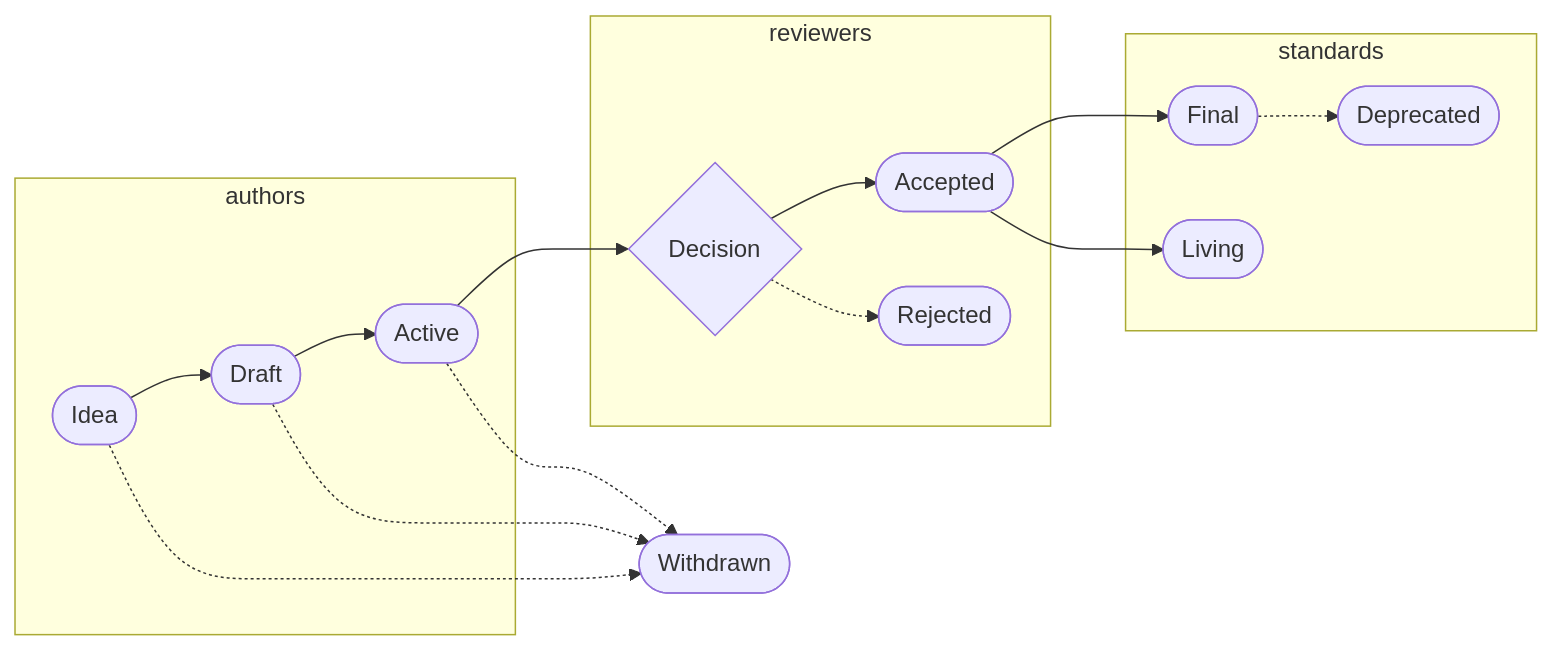
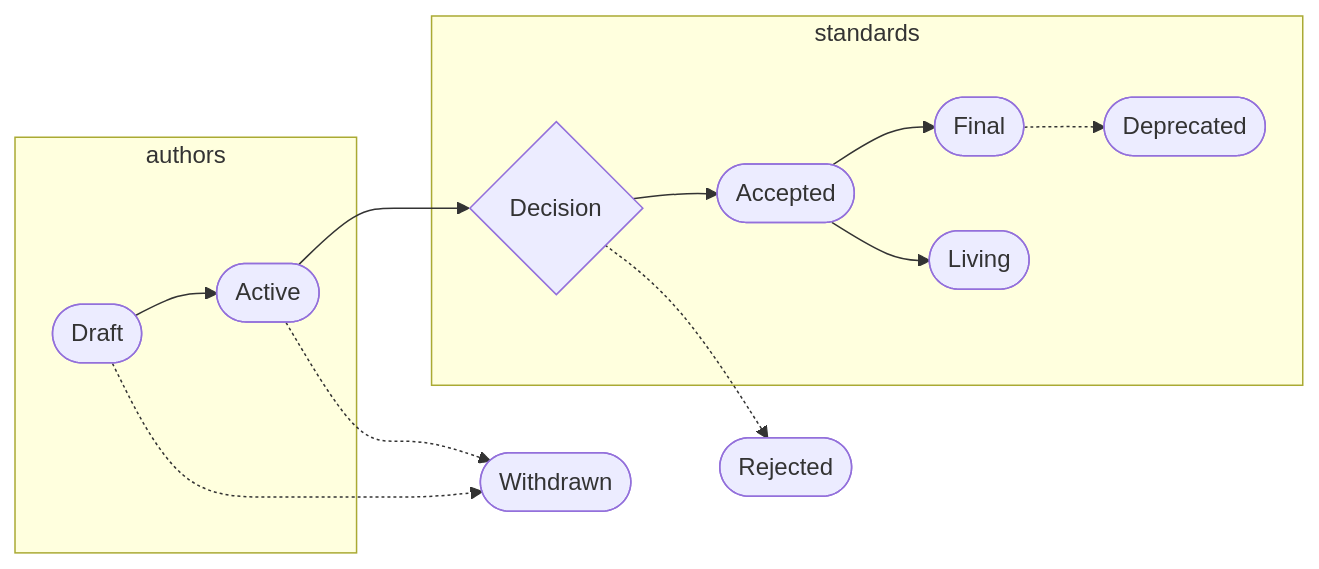
Before and after one commit to AleoNet/ARCs: the diagram in arc-0001/README.md, drawn with Mermaid. The commit also changed other lines of this file, not shown here.

````diff
--- a/arc-0001/README.md
+++ b/arc-0001/README.md
@@ -25,23 +25,22 @@
 ```mermaid
 graph LR
     subgraph authors
-        idea([Idea]) --> draft([Draft])
         draft([Draft]) --> active([Active])
     end
 
-    idea([Idea]) -.-> withdrawn([Withdrawn])
     draft([Draft]) -.-> withdrawn([Withdrawn])
     active([Active]) -.-> withdrawn([Withdrawn])
     
-    subgraph reviewers
+    subgraph standards
         active([Active]) --> decision{Decision}
         decision{Decision} --> accepted([Accepted])
-        decision{Decision} -.-> rejected([Rejected])
     end
     
+    decision{Decision} -.-> rejected([Rejected])
+
     subgraph standards
         accepted([Accepted]) --> final([Final])
         accepted([Accepted]) --> living([Living])
         final([Final]) -.-> deprecated([Deprecated])
     end
 ```
````
